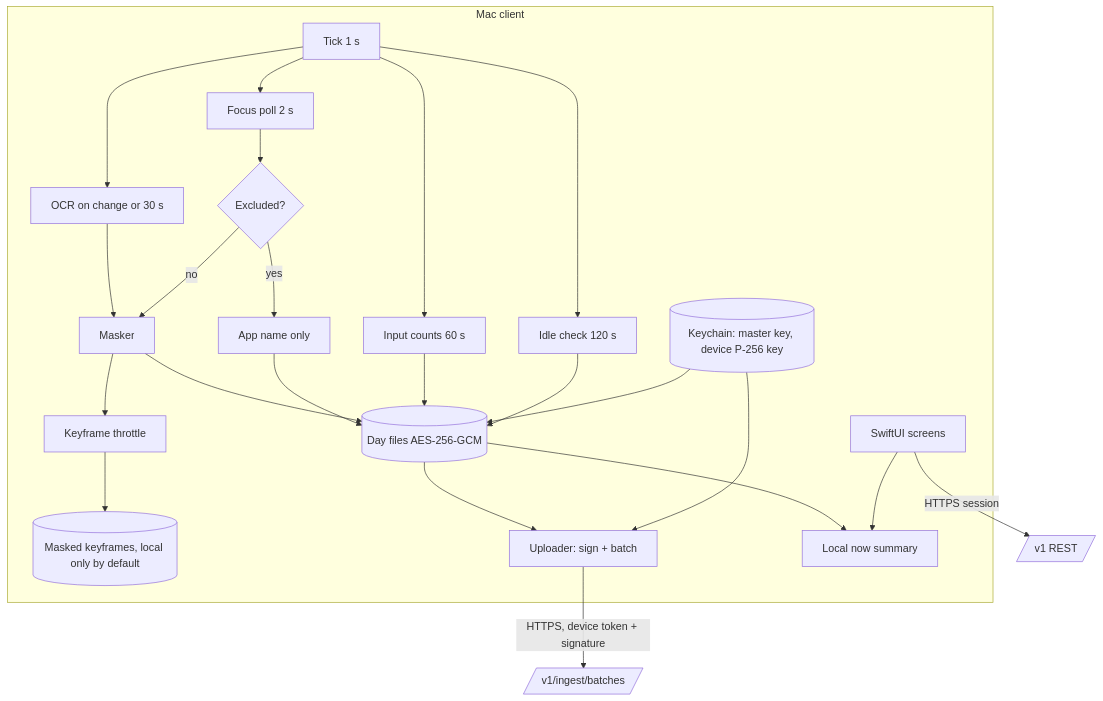
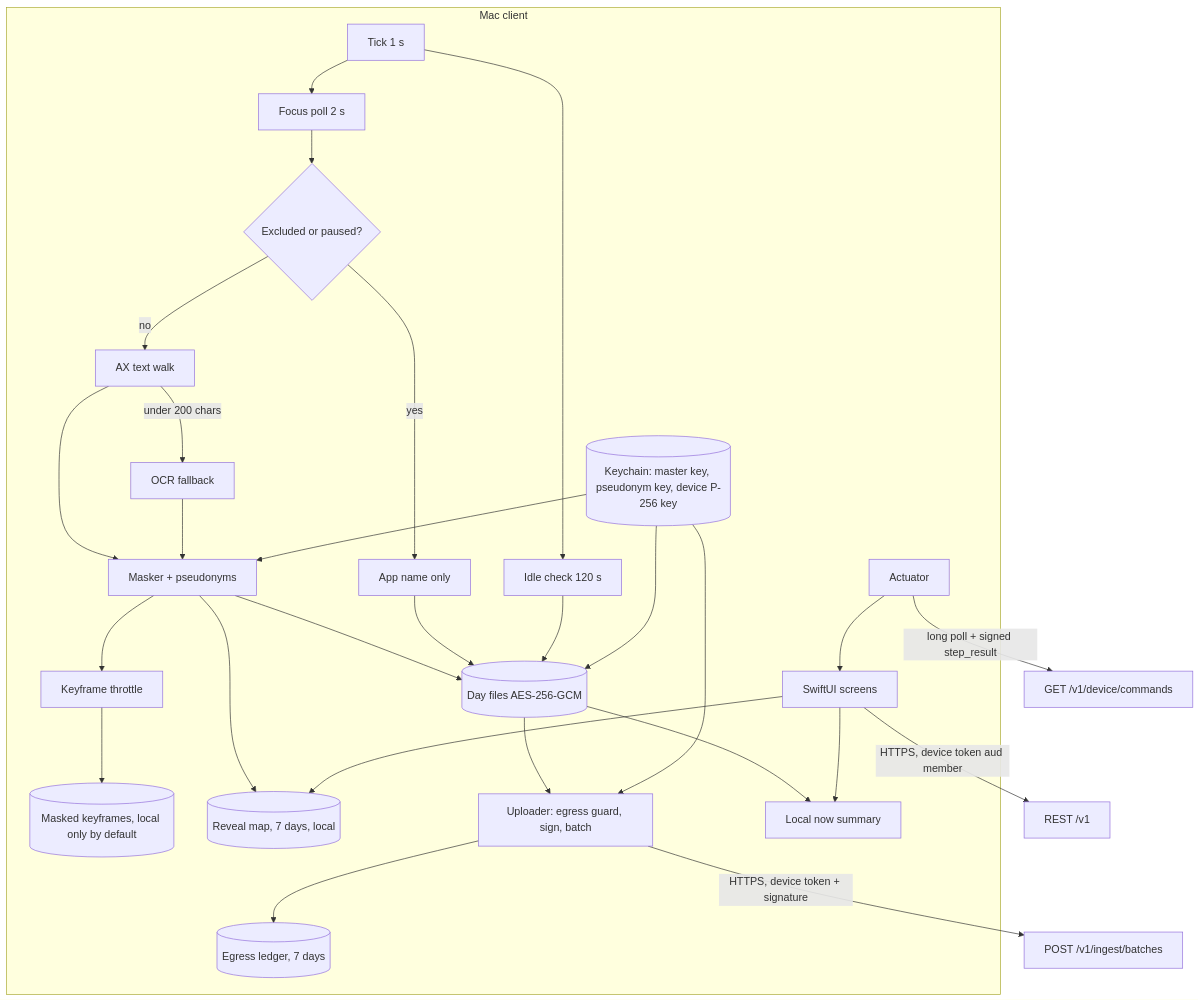
One commit to tabani-png/offload-v2 changed the second of 21 diagrams in docs/ARCHITECTURE.md. Above: the diagram before and after it, drawn with Mermaid. The commit also changed other lines of this file and 11 other files, not shown here.

Commit message:
docs: architecture, data model, API, roadmap, open questions OQ-23 to OQ-26, glossary, README, agent rules (Claude Code standing rule)

````diff
--- a/docs/ARCHITECTURE.md
+++ b/docs/ARCHITECTURE.md
@@ -80,25 +133,30 @@
 ```mermaid
 flowchart TB
   subgraph mac[Mac client]
     T[Tick 1 s] --> F[Focus poll 2 s]
     T --> I[Idle check 120 s]
-    T --> C[Input counts 60 s]
-    T --> O[OCR on change or 30 s]
-    O --> M[Masker]
-    F --> X{Excluded?}
+    F --> X{Excluded or paused?}
     X -- yes --> AN[App name only]
-    X -- no --> M
+    X -- no --> AX[AX text walk]
+    AX -- under 200 chars --> O[OCR fallback]
+    AX --> M[Masker + pseudonyms]
+    O --> M
     M --> K[Keyframe throttle] --> KF[(Masked keyframes, local only by default)]
     M --> D[(Day files AES-256-GCM)]
+    M --> RV[(Reveal map, 7 days, local)]
     AN --> D
-    C --> D
     I --> D
-    D --> U[Uploader: sign + batch]
+    D --> U[Uploader: egress guard, sign, batch]
+    U --> L[(Egress ledger, 7 days)]
     D --> NOW[Local now summary]
-    KEY[(Keychain: master key, device P-256 key)] --> D
+    KEY[(Keychain: master key, pseudonym key, device P-256 key)] --> D
+    KEY --> M
     KEY --> U
     UI[SwiftUI screens] --> NOW
+    UI --> RV
+    ACTR[Actuator] --> UI
   end
-  U -- HTTPS, device token + signature --> ING[/v1/ingest/batches/]
-  UI -- HTTPS session --> REST[/v1 REST/]
+  U -- "HTTPS, device token + signature" --> ING["POST /v1/ingest/batches"]
+  UI -- "HTTPS, device token aud member" --> REST["REST /v1"]
+  ACTR -- "long poll + signed step_result" --> CMD["GET /v1/device/commands"]
 ```
````
